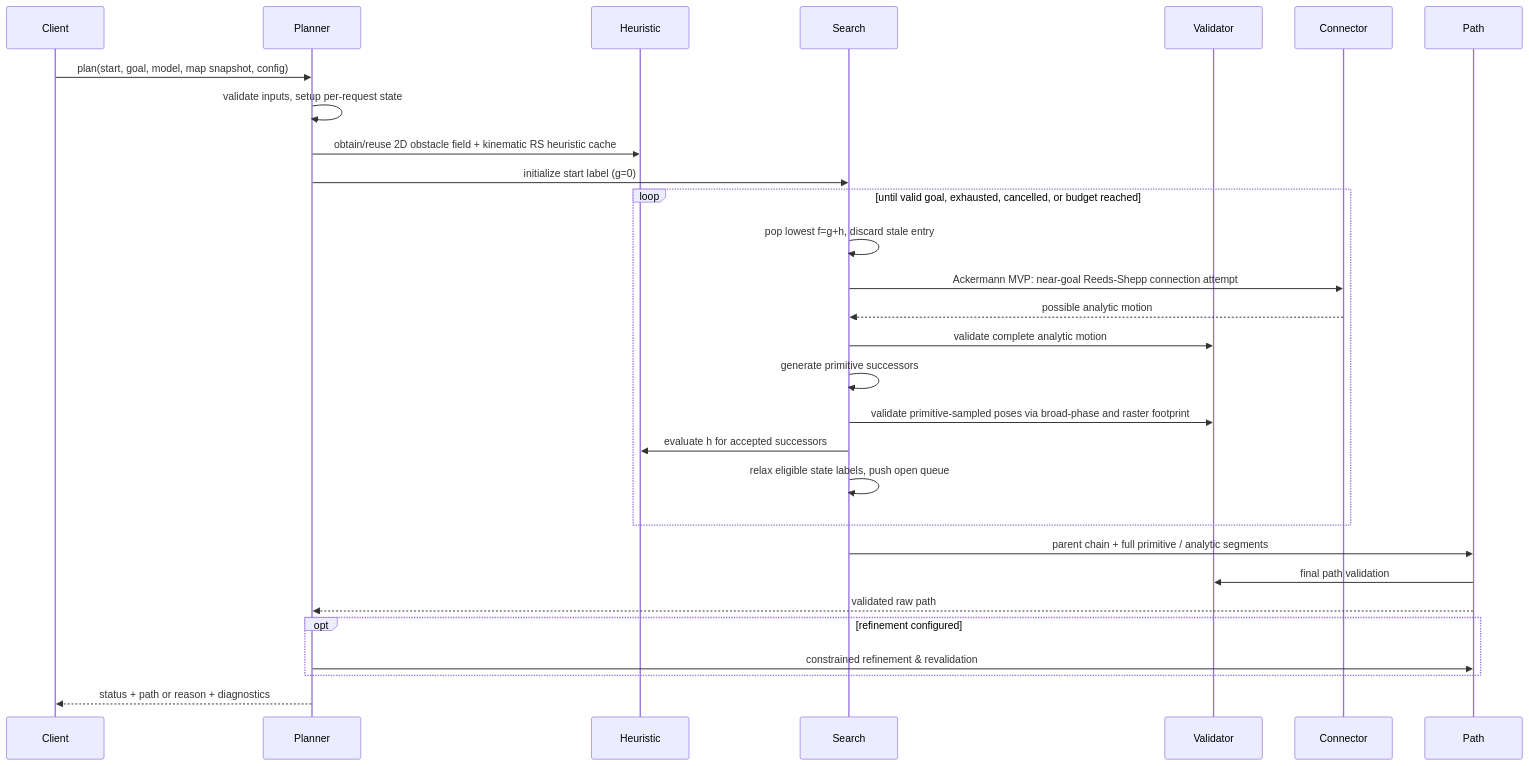
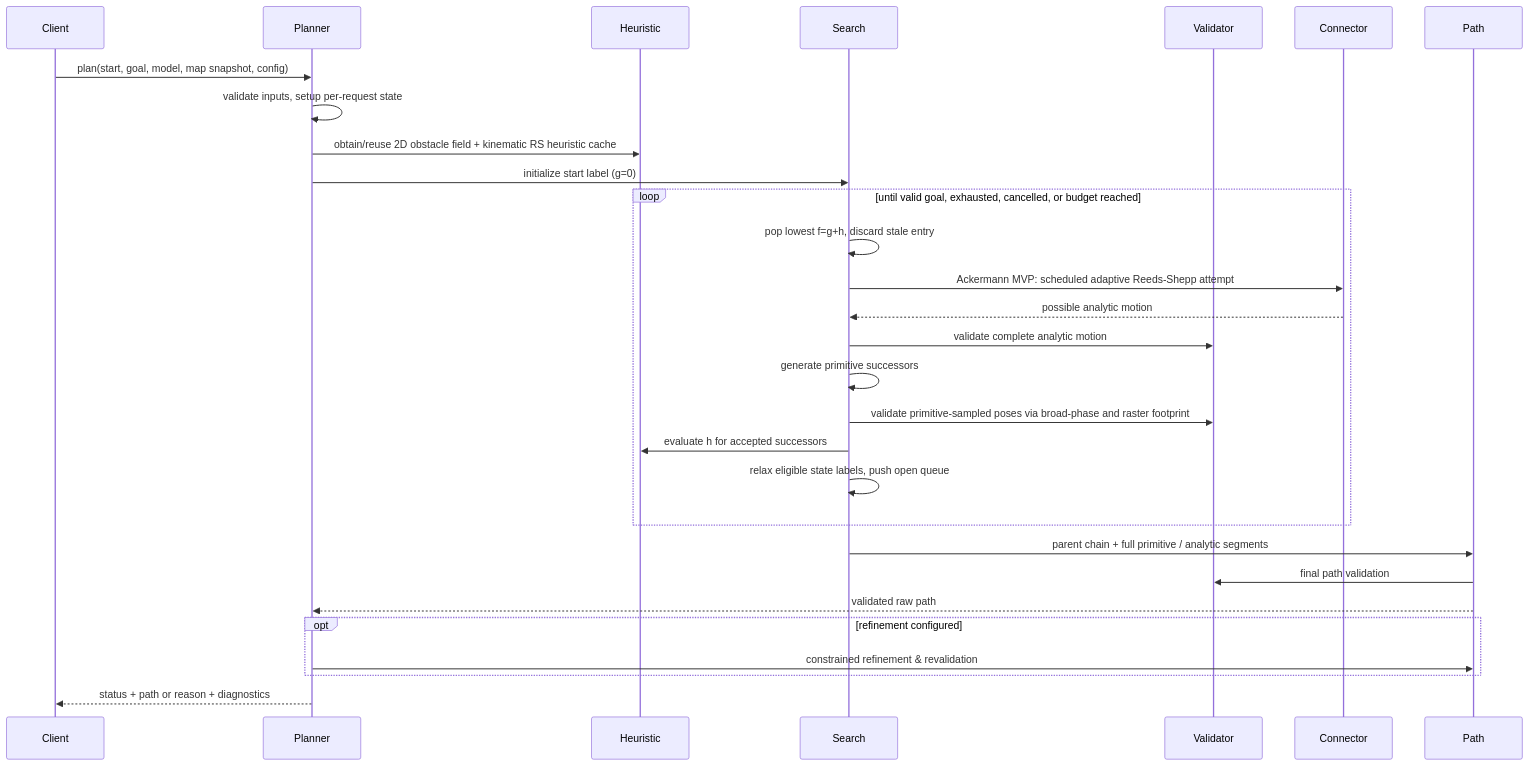
One commit to civcode/hybrid-astar-cpp changed the diagram in docs/architecture/algorithms.md. Above: the diagram before and after it, drawn with Mermaid. The commit also changed other lines of this file, not shown here.

Commit message:
docs: remove 20m RS gate and adopt Nav2-style adaptive analytic retry policy

````diff
--- a/docs/architecture/algorithms.md
+++ b/docs/architecture/algorithms.md
@@ -7,31 +7,31 @@
 ```mermaid
 sequenceDiagram
   participant Client
   participant Planner
   participant Heuristic
   participant Search
   participant Validator
   participant Connector
   participant Path
   Client->>Planner: plan(start, goal, model, map snapshot, config)
   Planner->>Planner: validate inputs, setup per-request state
   Planner->>Heuristic: obtain/reuse 2D obstacle field + kinematic RS heuristic cache
   Planner->>Search: initialize start label (g=0)
   loop until valid goal, exhausted, cancelled, or budget reached
     Search->>Search: pop lowest f=g+h, discard stale entry
-    Search->>Connector: Ackermann MVP: near-goal Reeds-Shepp connection attempt
+    Search->>Connector: Ackermann MVP: scheduled adaptive Reeds-Shepp attempt
     Connector-->>Search: possible analytic motion
     Search->>Validator: validate complete analytic motion
     Search->>Search: generate primitive successors
     Search->>Validator: validate primitive-sampled poses via broad-phase and raster footprint
     Search->>Heuristic: evaluate h for accepted successors
     Search->>Search: relax eligible state labels, push open queue
   end
   Search->>Path: parent chain + full primitive / analytic segments
   Path->>Validator: final path validation
   Path-->>Planner: validated raw path
   opt refinement configured
     Planner->>Path: constrained refinement & revalidation
   end
   Planner-->>Client: status + path or reason + diagnostics
 ```
````
